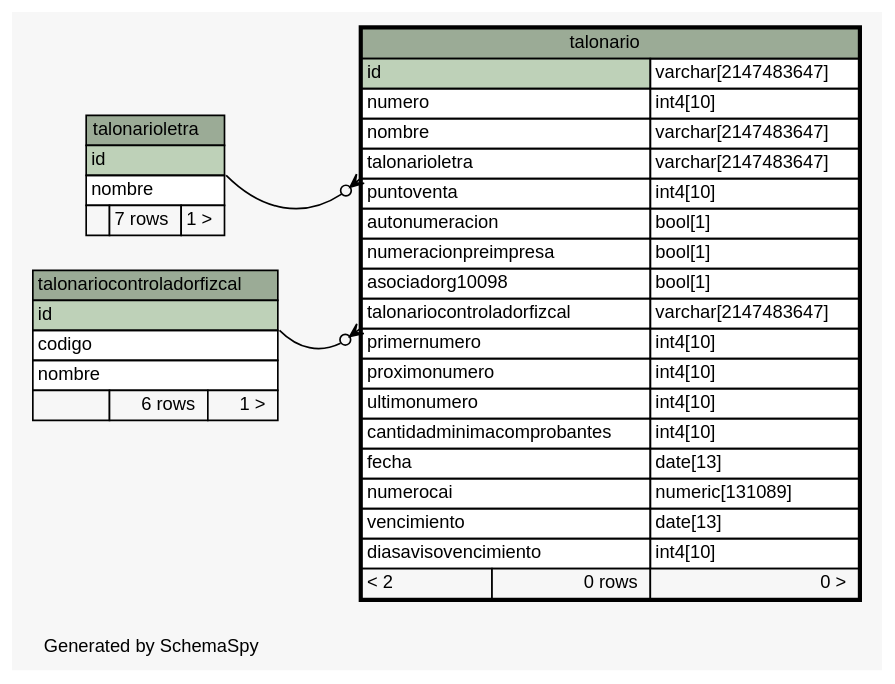
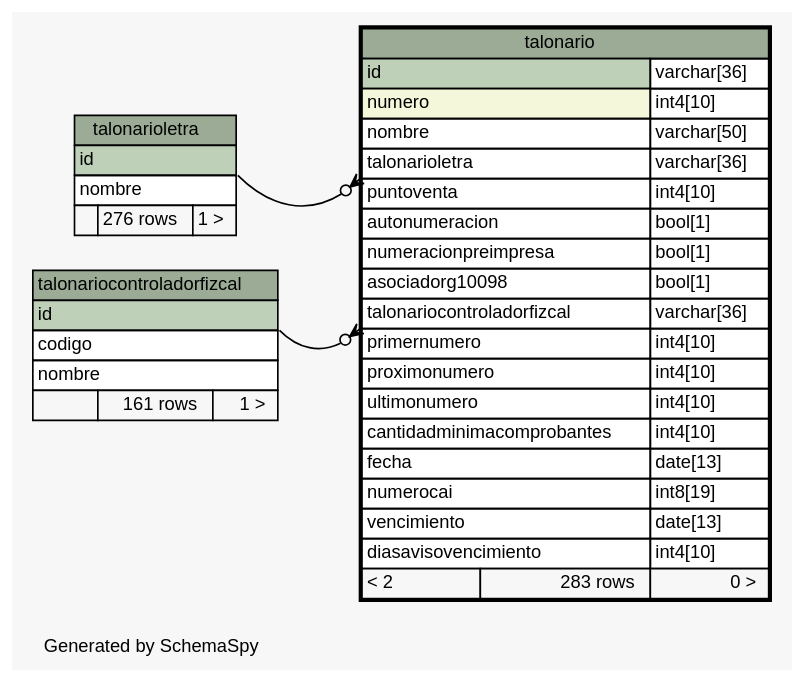
One commit to diegopablomansilla/massoftware_front changed the diagram in postgresql/schemaSpy/salida/diagrams/talonario.1degree.dot. Above: the diagram before and after it, drawn with Graphviz. The commit also changed 162 other files, not shown here.

```diff
--- a/postgresql/schemaSpy/salida/diagrams/talonario.1degree.dot
+++ b/postgresql/schemaSpy/salida/diagrams/talonario.1degree.dot
@@ -1,73 +1,73 @@
 // dot 2.2.1 on Windows 10 10.0
 // SchemaSpy rev 590
 digraph "oneDegreeRelationshipsDiagram" {
   graph [
     rankdir="RL"
     bgcolor="#f7f7f7"
     label="\nGenerated by SchemaSpy"
     labeljust="l"
     nodesep="0.18"
     ranksep="0.46"
     fontname="Helvetica"
     fontsize="11"
   ];
   node [
     fontname="Helvetica"
     fontsize="11"
     shape="plaintext"
   ];
   edge [
     arrowsize="0.8"
   ];
   "talonario":"talonariocontroladorfizcal":sw -> "talonariocontroladorfizcal":"id":se [arrowhead=none dir=back arrowtail=crowodot];
   "talonario":"talonarioletra":sw -> "talonarioletra":"id":se [arrowhead=none dir=back arrowtail=crowodot];
   "talonario" [
     label=<
     <TABLE BORDER="2" CELLBORDER="1" CELLSPACING="0" BGCOLOR="#ffffff">
       <TR><TD COLSPAN="3" BGCOLOR="#9bab96" ALIGN="CENTER">talonario</TD></TR>
-      <TR><TD PORT="id" COLSPAN="2" BGCOLOR="#bed1b8" ALIGN="LEFT">id</TD><TD PORT="id.type" ALIGN="LEFT">varchar[2147483647]</TD></TR>
-      <TR><TD PORT="numero" COLSPAN="2" ALIGN="LEFT">numero</TD><TD PORT="numero.type" ALIGN="LEFT">int4[10]</TD></TR>
-      <TR><TD PORT="nombre" COLSPAN="2" ALIGN="LEFT">nombre</TD><TD PORT="nombre.type" ALIGN="LEFT">varchar[2147483647]</TD></TR>
-      <TR><TD PORT="talonarioletra" COLSPAN="2" ALIGN="LEFT">talonarioletra</TD><TD PORT="talonarioletra.type" ALIGN="LEFT">varchar[2147483647]</TD></TR>
+      <TR><TD PORT="id" COLSPAN="2" BGCOLOR="#bed1b8" ALIGN="LEFT">id</TD><TD PORT="id.type" ALIGN="LEFT">varchar[36]</TD></TR>
+      <TR><TD PORT="numero" COLSPAN="2" BGCOLOR="#f4f7da" ALIGN="LEFT">numero</TD><TD PORT="numero.type" ALIGN="LEFT">int4[10]</TD></TR>
+      <TR><TD PORT="nombre" COLSPAN="2" ALIGN="LEFT">nombre</TD><TD PORT="nombre.type" ALIGN="LEFT">varchar[50]</TD></TR>
+      <TR><TD PORT="talonarioletra" COLSPAN="2" ALIGN="LEFT">talonarioletra</TD><TD PORT="talonarioletra.type" ALIGN="LEFT">varchar[36]</TD></TR>
       <TR><TD PORT="puntoventa" COLSPAN="2" ALIGN="LEFT">puntoventa</TD><TD PORT="puntoventa.type" ALIGN="LEFT">int4[10]</TD></TR>
       <TR><TD PORT="autonumeracion" COLSPAN="2" ALIGN="LEFT">autonumeracion</TD><TD PORT="autonumeracion.type" ALIGN="LEFT">bool[1]</TD></TR>
       <TR><TD PORT="numeracionpreimpresa" COLSPAN="2" ALIGN="LEFT">numeracionpreimpresa</TD><TD PORT="numeracionpreimpresa.type" ALIGN="LEFT">bool[1]</TD></TR>
       <TR><TD PORT="asociadorg10098" COLSPAN="2" ALIGN="LEFT">asociadorg10098</TD><TD PORT="asociadorg10098.type" ALIGN="LEFT">bool[1]</TD></TR>
-      <TR><TD PORT="talonariocontroladorfizcal" COLSPAN="2" ALIGN="LEFT">talonariocontroladorfizcal</TD><TD PORT="talonariocontroladorfizcal.type" ALIGN="LEFT">varchar[2147483647]</TD></TR>
+      <TR><TD PORT="talonariocontroladorfizcal" COLSPAN="2" ALIGN="LEFT">talonariocontroladorfizcal</TD><TD PORT="talonariocontroladorfizcal.type" ALIGN="LEFT">varchar[36]</TD></TR>
       <TR><TD PORT="primernumero" COLSPAN="2" ALIGN="LEFT">primernumero</TD><TD PORT="primernumero.type" ALIGN="LEFT">int4[10]</TD></TR>
       <TR><TD PORT="proximonumero" COLSPAN="2" ALIGN="LEFT">proximonumero</TD><TD PORT="proximonumero.type" ALIGN="LEFT">int4[10]</TD></TR>
       <TR><TD PORT="ultimonumero" COLSPAN="2" ALIGN="LEFT">ultimonumero</TD><TD PORT="ultimonumero.type" ALIGN="LEFT">int4[10]</TD></TR>
       <TR><TD PORT="cantidadminimacomprobantes" COLSPAN="2" ALIGN="LEFT">cantidadminimacomprobantes</TD><TD PORT="cantidadminimacomprobantes.type" ALIGN="LEFT">int4[10]</TD></TR>
       <TR><TD PORT="fecha" COLSPAN="2" ALIGN="LEFT">fecha</TD><TD PORT="fecha.type" ALIGN="LEFT">date[13]</TD></TR>
-      <TR><TD PORT="numerocai" COLSPAN="2" ALIGN="LEFT">numerocai</TD><TD PORT="numerocai.type" ALIGN="LEFT">numeric[131089]</TD></TR>
+      <TR><TD PORT="numerocai" COLSPAN="2" ALIGN="LEFT">numerocai</TD><TD PORT="numerocai.type" ALIGN="LEFT">int8[19]</TD></TR>
       <TR><TD PORT="vencimiento" COLSPAN="2" ALIGN="LEFT">vencimiento</TD><TD PORT="vencimiento.type" ALIGN="LEFT">date[13]</TD></TR>
       <TR><TD PORT="diasavisovencimiento" COLSPAN="2" ALIGN="LEFT">diasavisovencimiento</TD><TD PORT="diasavisovencimiento.type" ALIGN="LEFT">int4[10]</TD></TR>
-      <TR><TD ALIGN="LEFT" BGCOLOR="#f7f7f7">&lt; 2</TD><TD ALIGN="RIGHT" BGCOLOR="#f7f7f7">0 rows</TD><TD ALIGN="RIGHT" BGCOLOR="#f7f7f7">0 &gt;</TD></TR>
+      <TR><TD ALIGN="LEFT" BGCOLOR="#f7f7f7">&lt; 2</TD><TD ALIGN="RIGHT" BGCOLOR="#f7f7f7">283 rows</TD><TD ALIGN="RIGHT" BGCOLOR="#f7f7f7">0 &gt;</TD></TR>
     </TABLE>>
     URL="talonario.html"
     tooltip="talonario"
   ];
   "talonariocontroladorfizcal" [
     label=<
     <TABLE BORDER="0" CELLBORDER="1" CELLSPACING="0" BGCOLOR="#ffffff">
       <TR><TD COLSPAN="3" BGCOLOR="#9bab96" ALIGN="CENTER">talonariocontroladorfizcal</TD></TR>
       <TR><TD PORT="id" COLSPAN="3" BGCOLOR="#bed1b8" ALIGN="LEFT">id</TD></TR>
       <TR><TD PORT="codigo" COLSPAN="3" ALIGN="LEFT">codigo</TD></TR>
       <TR><TD PORT="nombre" COLSPAN="3" ALIGN="LEFT">nombre</TD></TR>
-      <TR><TD ALIGN="LEFT" BGCOLOR="#f7f7f7">  </TD><TD ALIGN="RIGHT" BGCOLOR="#f7f7f7">6 rows</TD><TD ALIGN="RIGHT" BGCOLOR="#f7f7f7">1 &gt;</TD></TR>
+      <TR><TD ALIGN="LEFT" BGCOLOR="#f7f7f7">  </TD><TD ALIGN="RIGHT" BGCOLOR="#f7f7f7">161 rows</TD><TD ALIGN="RIGHT" BGCOLOR="#f7f7f7">1 &gt;</TD></TR>
     </TABLE>>
     URL="talonariocontroladorfizcal.html"
     tooltip="talonariocontroladorfizcal"
   ];
   "talonarioletra" [
     label=<
     <TABLE BORDER="0" CELLBORDER="1" CELLSPACING="0" BGCOLOR="#ffffff">
       <TR><TD COLSPAN="3" BGCOLOR="#9bab96" ALIGN="CENTER">talonarioletra</TD></TR>
       <TR><TD PORT="id" COLSPAN="3" BGCOLOR="#bed1b8" ALIGN="LEFT">id</TD></TR>
       <TR><TD PORT="nombre" COLSPAN="3" ALIGN="LEFT">nombre</TD></TR>
-      <TR><TD ALIGN="LEFT" BGCOLOR="#f7f7f7">  </TD><TD ALIGN="RIGHT" BGCOLOR="#f7f7f7">7 rows</TD><TD ALIGN="RIGHT" BGCOLOR="#f7f7f7">1 &gt;</TD></TR>
+      <TR><TD ALIGN="LEFT" BGCOLOR="#f7f7f7">  </TD><TD ALIGN="RIGHT" BGCOLOR="#f7f7f7">276 rows</TD><TD ALIGN="RIGHT" BGCOLOR="#f7f7f7">1 &gt;</TD></TR>
     </TABLE>>
     URL="talonarioletra.html"
     tooltip="talonarioletra"
   ];
 }
```
